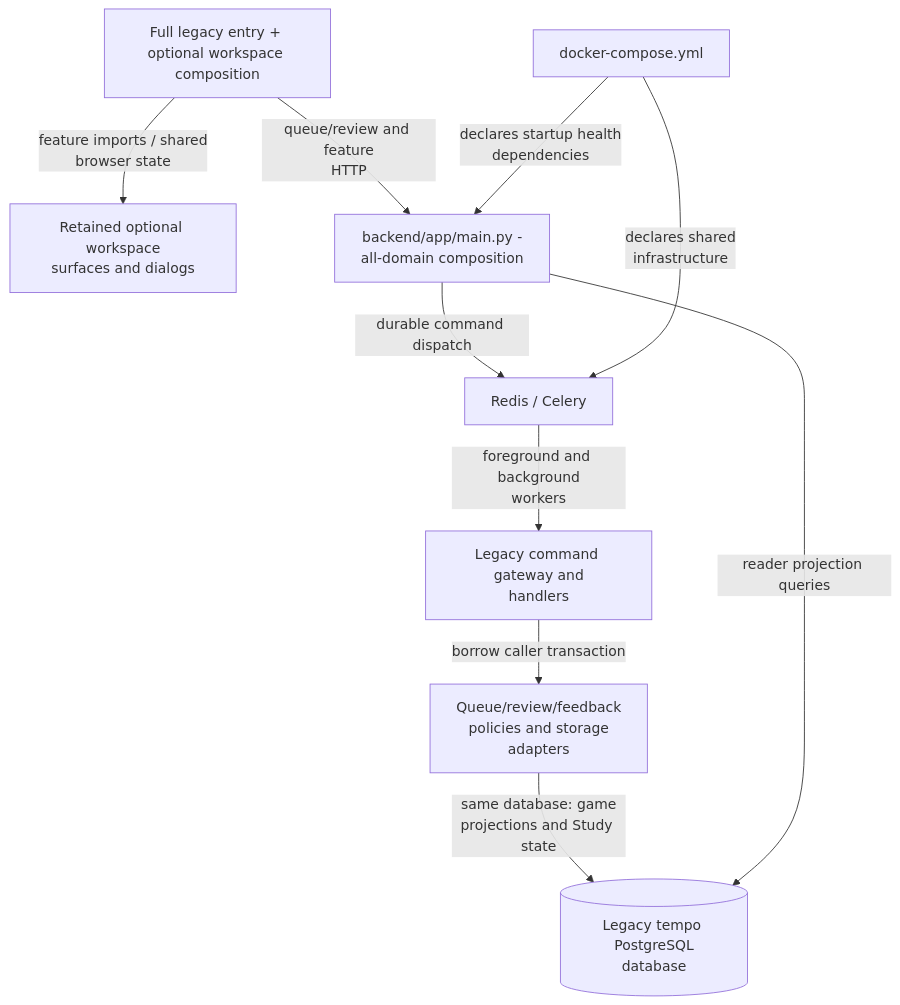
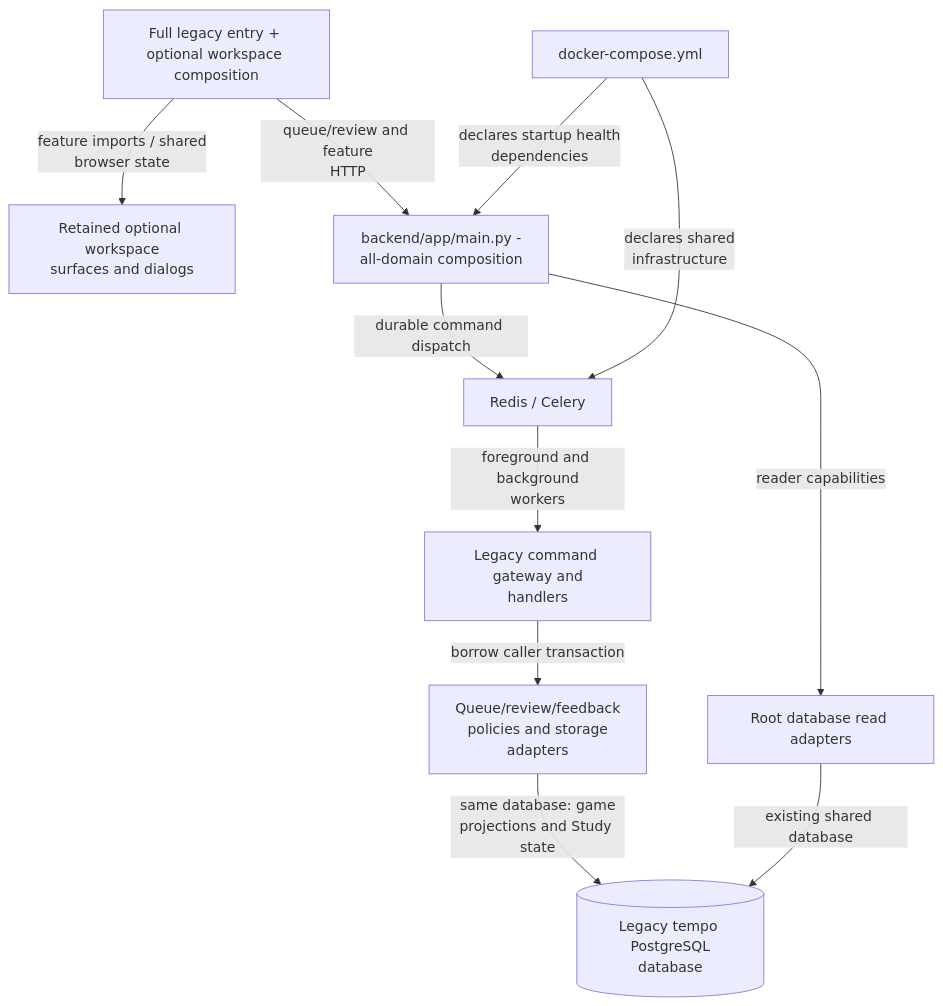
Before and after one commit to aaweaver-actuary/tempo: the diagram in backend/README.md, drawn with Mermaid. The commit also changed other lines of this file and 19 other files, not shown here.

````diff
--- a/backend/README.md
+++ b/backend/README.md
@@ -22,12 +22,13 @@
 ```mermaid
 flowchart TB
   Home["Full legacy entry + optional workspace composition"] -->|"feature imports / shared<br/>browser state"| Views["Retained optional workspace<br/>surfaces and dialogs"]
   Home -->|"queue/review and feature<br/>HTTP"| API["backend/app/main.py -<br/>all-domain composition"]
   API -->|"durable command dispatch"| Broker["Redis / Celery"]
   Broker -->|"foreground and background<br/>workers"| Commands["Legacy command gateway and<br/>handlers"]
   Commands -->|"borrow caller transaction"| Policy["Queue/review/feedback<br/>policies and storage<br/>adapters"]
   Policy -->|"same database: game<br/>projections and Study state"| DB[("Legacy tempo PostgreSQL<br/>database")]
-  API -->|"reader projection queries"| DB
+  API -->|"reader capabilities"| ReadStorage["Root database read adapters"]
+  ReadStorage -->|"existing shared database"| DB
   Compose["docker-compose.yml"] -->|"declares startup health<br/>dependencies"| API
   Compose -->|"declares shared<br/>infrastructure"| Broker
 ```
````
